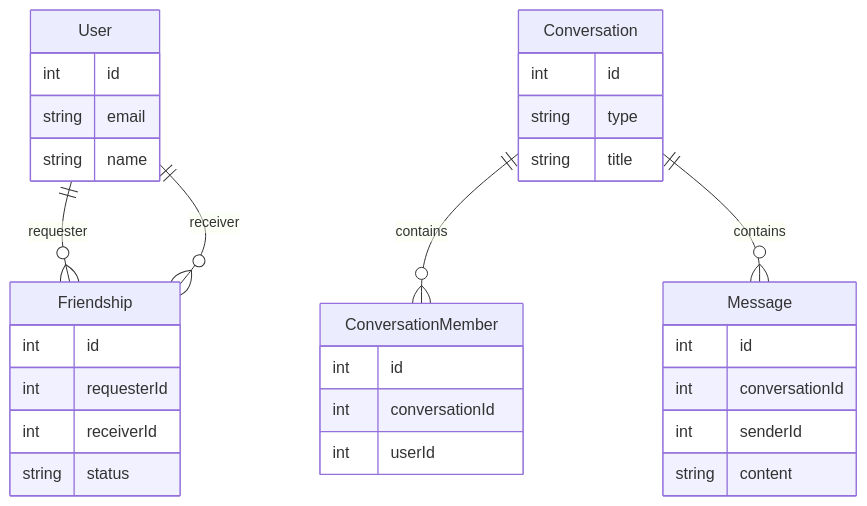
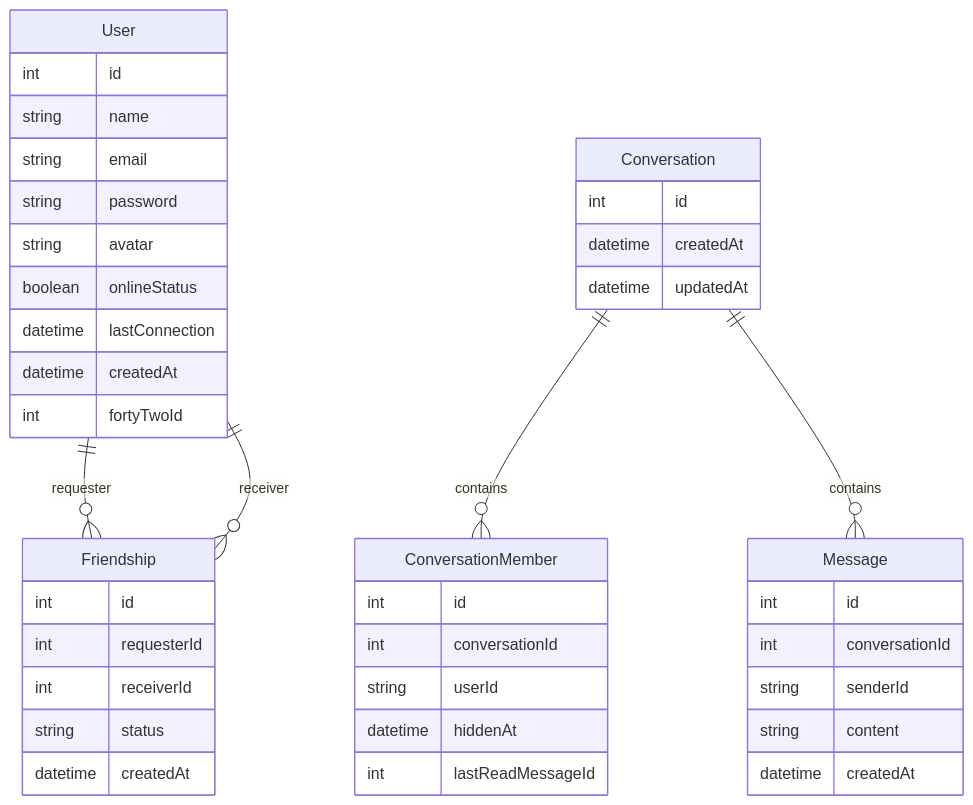
Before and after one commit to Juan-AGN/TranscendancePreps: the diagram in README.md, drawn with Mermaid. The commit also changed other lines of this file, not shown here.

````diff
--- a/README.md
+++ b/README.md
@@ -158,39 +187,50 @@
 ```mermaid
 erDiagram
     User {
         int id
+        string name
         string email
-        string name
+        string password
+        string avatar
+        boolean onlineStatus
+        datetime lastConnection
+        datetime createdAt
+        int fortyTwoId
     }
 
     Friendship {
         int id
         int requesterId
         int receiverId
         string status
+        datetime createdAt
     }
+
+    User ||--o{ Friendship : requester
+    User ||--o{ Friendship : receiver
 
     Conversation {
         int id
-        string type
-        string title
+        datetime createdAt
+        datetime updatedAt
     }
 
     ConversationMember {
         int id
         int conversationId
-        int userId
+        string userId
+        datetime hiddenAt
+        int lastReadMessageId
     }
 
     Message {
         int id
         int conversationId
-        int senderId
+        string senderId
         string content
+        datetime createdAt
     }
 
-    User ||--o{ Friendship : requester
-    User ||--o{ Friendship : receiver
     Conversation ||--o{ ConversationMember : contains
     Conversation ||--o{ Message : contains
 ```
````
